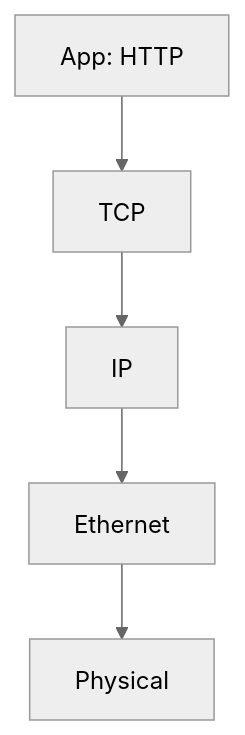
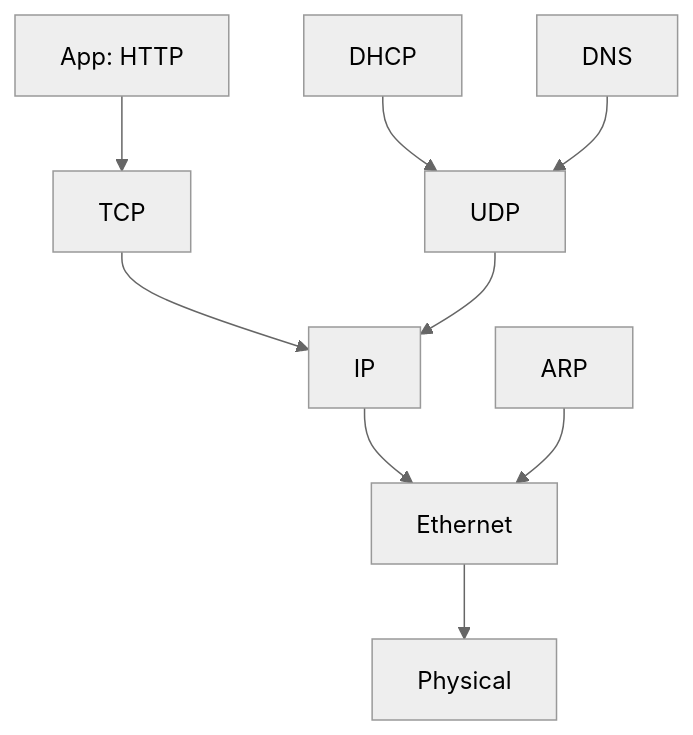
Before and after one commit to Attash2312/cntheory: the diagram in ch6/6.7_Day_in_Life_Web_Page.md, drawn with Mermaid (neutral theme). The commit also changed other lines of this file and 79 other files, not shown here.

````diff
--- a/ch6/6.7_Day_in_Life_Web_Page.md
+++ b/ch6/6.7_Day_in_Life_Web_Page.md
@@ -18,7 +202,11 @@
 ```mermaid
 graph TD
   A[App: HTTP] --> B[TCP]
   B --> C[IP]
   C --> D[Ethernet]
   D --> E[Physical]
+  F[DHCP] --> G[UDP]
+  G --> C
+  H[DNS] --> G
+  I[ARP] --> D
 ```
````
